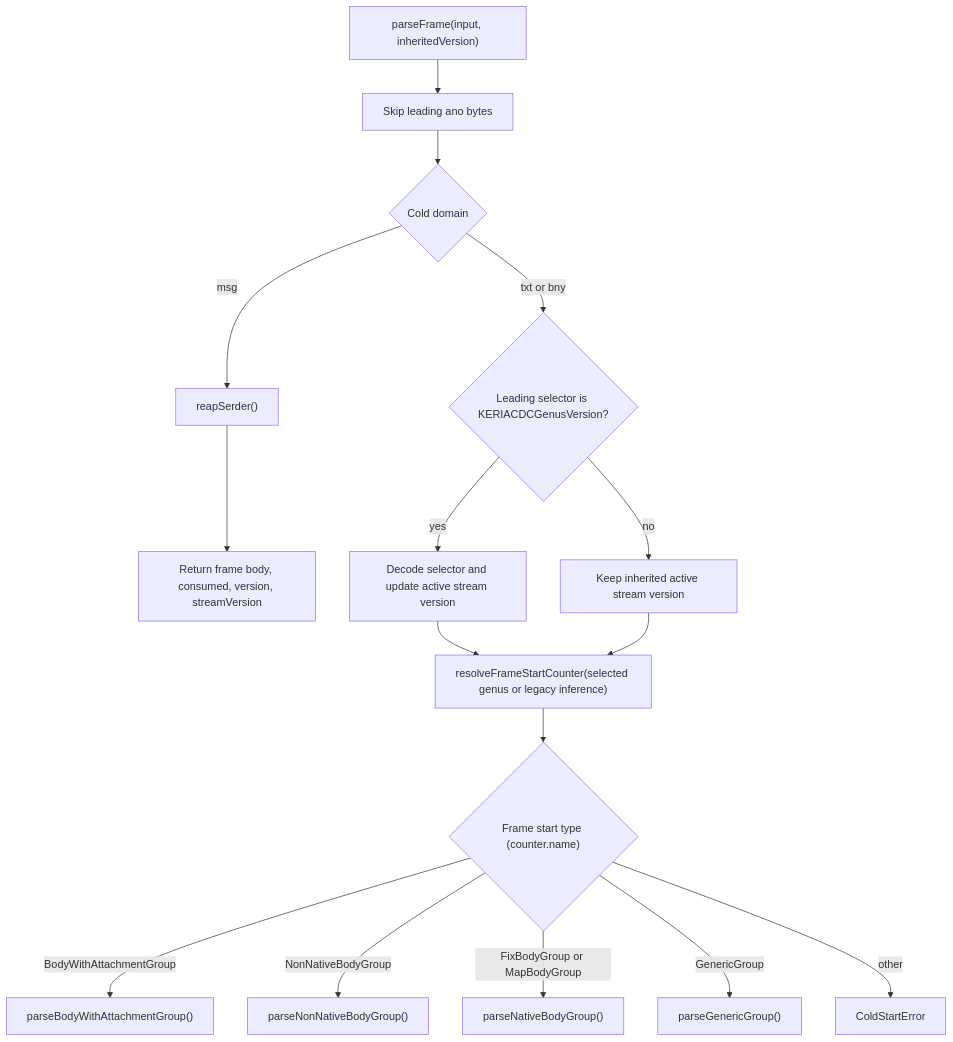
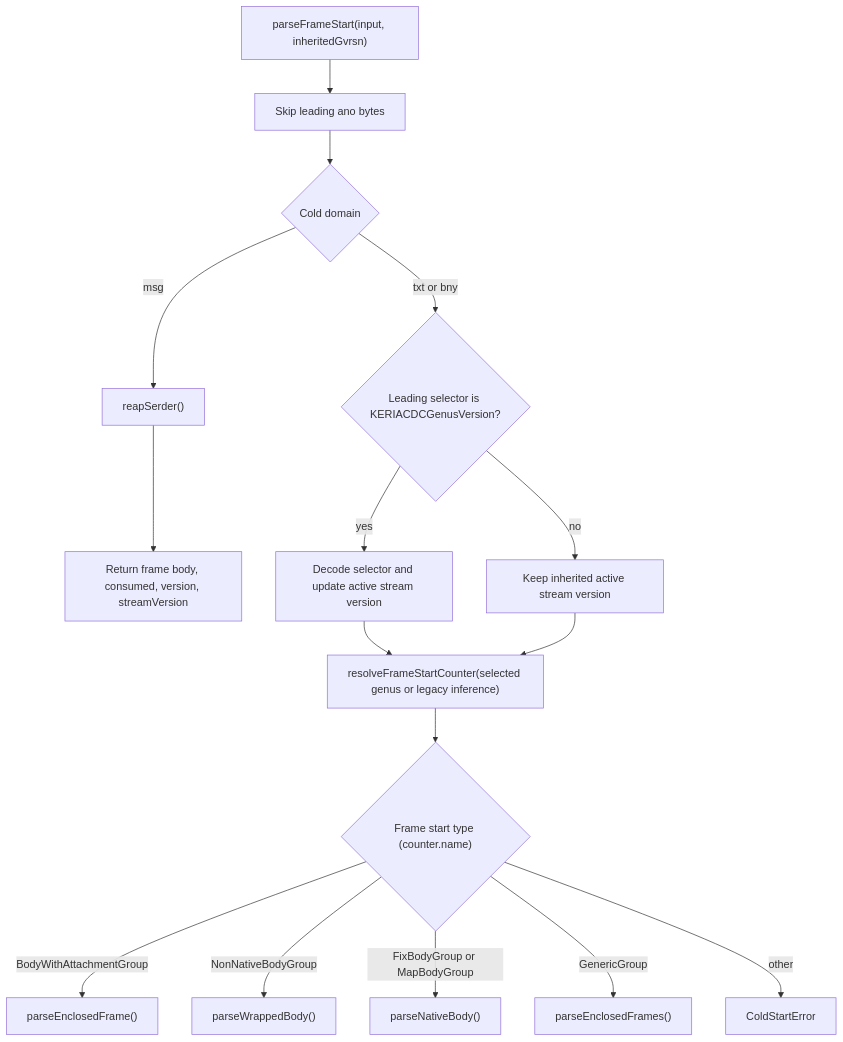
One commit to kentbull/keri-ts changed the second of 7 diagrams in docs/design-docs/cesr/CESR_ATOMIC_BOUNDED_PARSER_ARCHITECTURE.md. Above: the diagram before and after it, drawn with Mermaid. The commit also changed other lines of this file and 6 other files, not shown here.

````diff
--- a/docs/design-docs/cesr/CESR_ATOMIC_BOUNDED_PARSER_ARCHITECTURE.md
+++ b/docs/design-docs/cesr/CESR_ATOMIC_BOUNDED_PARSER_ARCHITECTURE.md
@@ -60,19 +60,19 @@
 ```mermaid
 flowchart TD
-    A["parseFrame(input, inheritedVersion)"] --> B["Skip leading ano bytes"]
+    A["parseFrameStart(input, inheritedGvrsn)"] --> B["Skip leading ano bytes"]
     B --> C{"Cold domain"}
     C -- "msg" --> D["reapSerder()"]
     D --> E["Return frame body, consumed, version, streamVersion"]
 
     C -- "txt or bny" --> F{"Leading selector is KERIACDCGenusVersion?"}
     F -- "yes" --> G["Decode selector and update active stream version"]
     F -- "no" --> H["Keep inherited active stream version"]
     G --> I["resolveFrameStartCounter(selected genus or legacy inference)"]
     H --> I
     I --> J{"Frame start type (counter.name)"}
-    J -- "BodyWithAttachmentGroup" --> K["parseBodyWithAttachmentGroup()"]
-    J -- "NonNativeBodyGroup" --> L["parseNonNativeBodyGroup()"]
-    J -- "FixBodyGroup or MapBodyGroup" --> M["parseNativeBodyGroup()"]
-    J -- "GenericGroup" --> N["parseGenericGroup()"]
+    J -- "BodyWithAttachmentGroup" --> K["parseEnclosedFrame()"]
+    J -- "NonNativeBodyGroup" --> L["parseWrappedBody()"]
+    J -- "FixBodyGroup or MapBodyGroup" --> M["parseNativeBody()"]
+    J -- "GenericGroup" --> N["parseEnclosedFrames()"]
     J -- "other" --> O["ColdStartError"]
 ```
````
